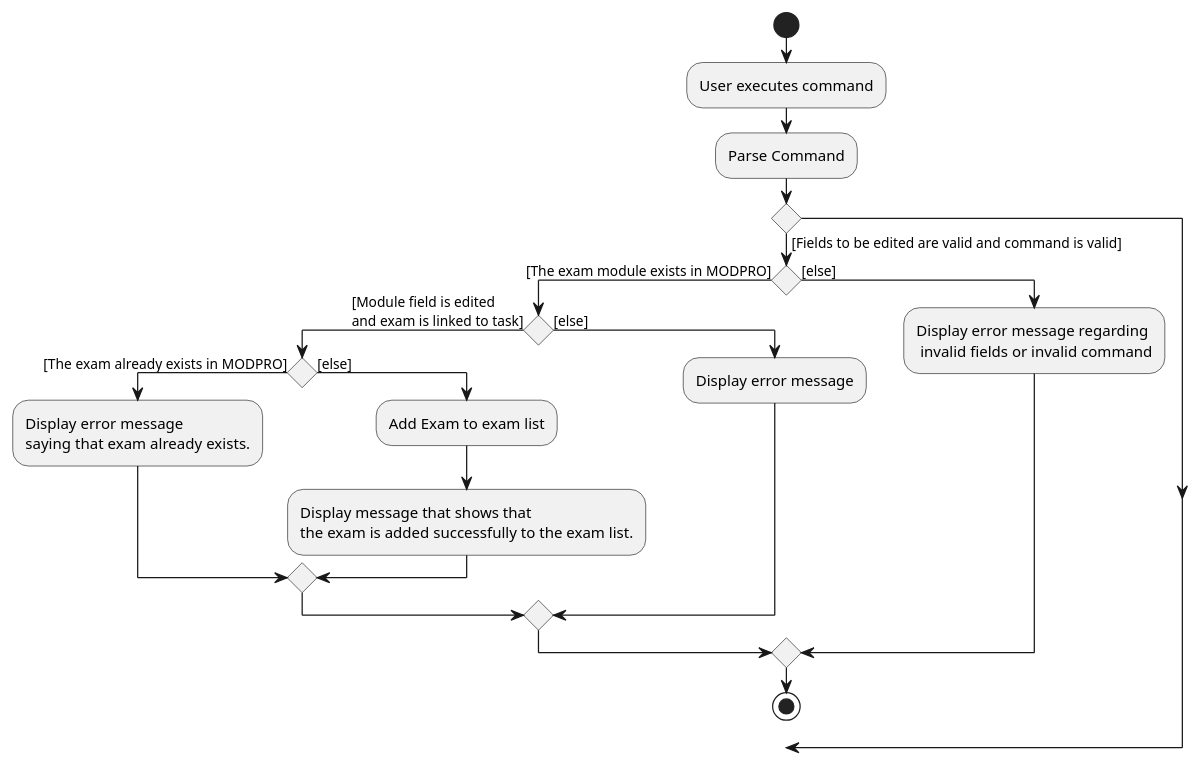
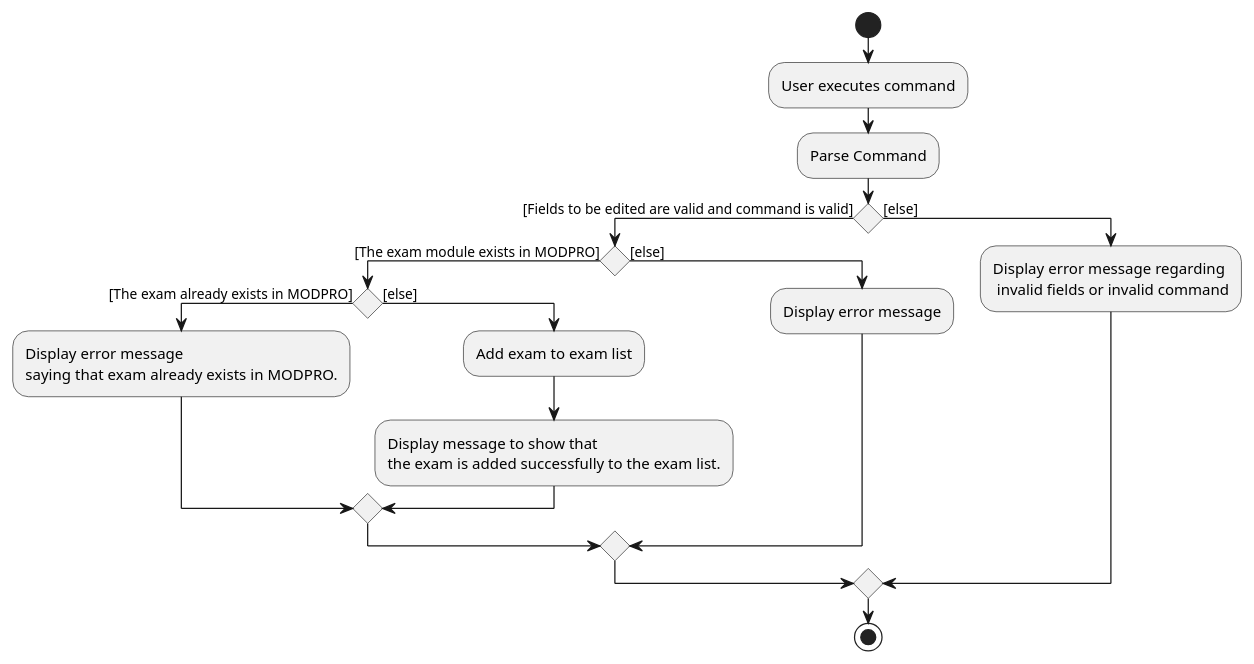
One commit to nus-cs2103-AY2223S1/tp changed the diagram in docs/diagrams/AddExamActivityDiagram.puml. Above: the diagram before and after it, drawn with PlantUML. The commit also changed 11 other files, not shown here.

```diff
--- a/docs/diagrams/AddExamActivityDiagram.puml
+++ b/docs/diagrams/AddExamActivityDiagram.puml
@@ -1,28 +1,27 @@
 @startuml
 start
 :User executes command;
 :Parse Command;
 if () then ([Fields to be edited are valid and command is valid])
   if () then([The exam module exists in MODPRO])
-      if () then([Module field is edited
-and exam is linked to task])
+
           if() then([The exam already exists in MODPRO])
           :Display error message
-          saying that exam already exists.;
-      else([else])
-          :Add Exam to exam list;
-          :Display message that shows that
+          saying that exam already exists in MODPRO.;
+          else([else])
+          :Add exam to exam list;
+          :Display message to show that
           the exam is added successfully to the exam list.;
       endif
   else([else])
      :Display error message;
   endif
 else ([else])
   :Display error message regarding
    invalid fields or invalid command;
 
 endif
 
 stop
 
 @enduml
```
